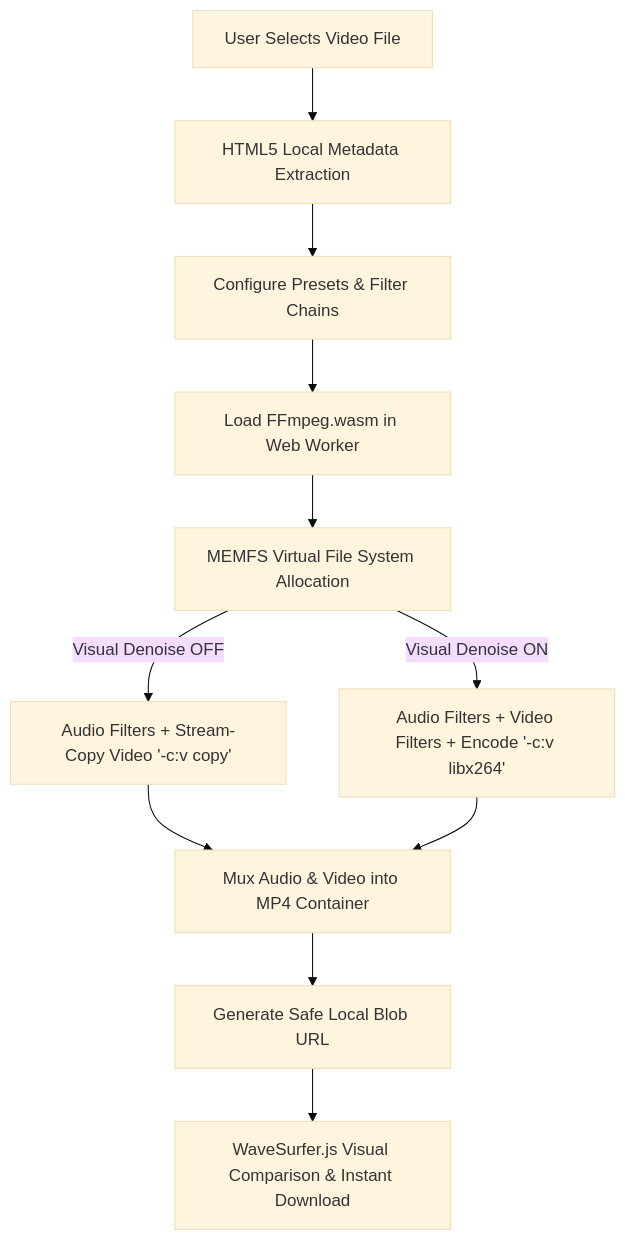
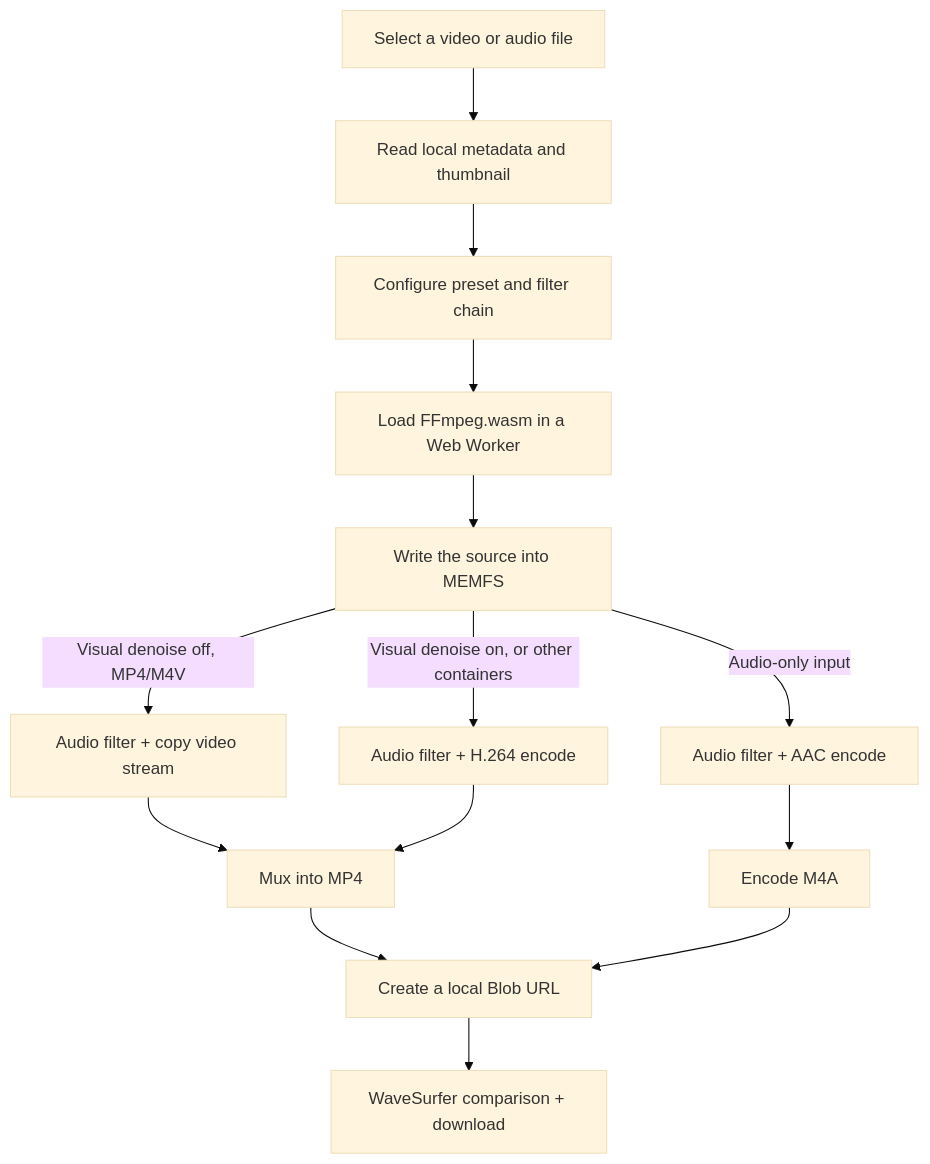
One commit to arqam66/noise_reduction changed the diagram in README.md. Above: the diagram before and after it, drawn with Mermaid (base theme). The commit also changed other lines of this file and 19 other files, not shown here.

First line of the commit message:
feat: add audio-only pipeline, real cancellation, and E2E coverage

````diff
--- a/README.md
+++ b/README.md
@@ -34,12 +40,14 @@
 ```mermaid
 graph TD
-    A[User Selects Video File] --> B[HTML5 Local Metadata Extraction]
-    B --> C[Configure Presets & Filter Chains]
-    C --> D[Load FFmpeg.wasm in Web Worker]
-    D --> E[MEMFS Virtual File System Allocation]
-    E -->|Visual Denoise OFF| F[Audio Filters + Stream-Copy Video '-c:v copy']
-    E -->|Visual Denoise ON| G[Audio Filters + Video Filters + Encode '-c:v libx264']
-    F & G --> H[Mux Audio & Video into MP4 Container]
-    H --> I[Generate Safe Local Blob URL]
-    I --> J[WaveSurfer.js Visual Comparison & Instant Download]
+    A[Select a video or audio file] --> B[Read local metadata and thumbnail]
+    B --> C[Configure preset and filter chain]
+    C --> D[Load FFmpeg.wasm in a Web Worker]
+    D --> E[Write the source into MEMFS]
+    E -->|Visual denoise off, MP4/M4V| F[Audio filter + copy video stream]
+    E -->|Visual denoise on, or other containers| G[Audio filter + H.264 encode]
+    E -->|Audio-only input| H[Audio filter + AAC encode]
+    F & G --> I[Mux into MP4]
+    H --> J[Encode M4A]
+    I & J --> K[Create a local Blob URL]
+    K --> L[WaveSurfer comparison + download]
 ```
````
